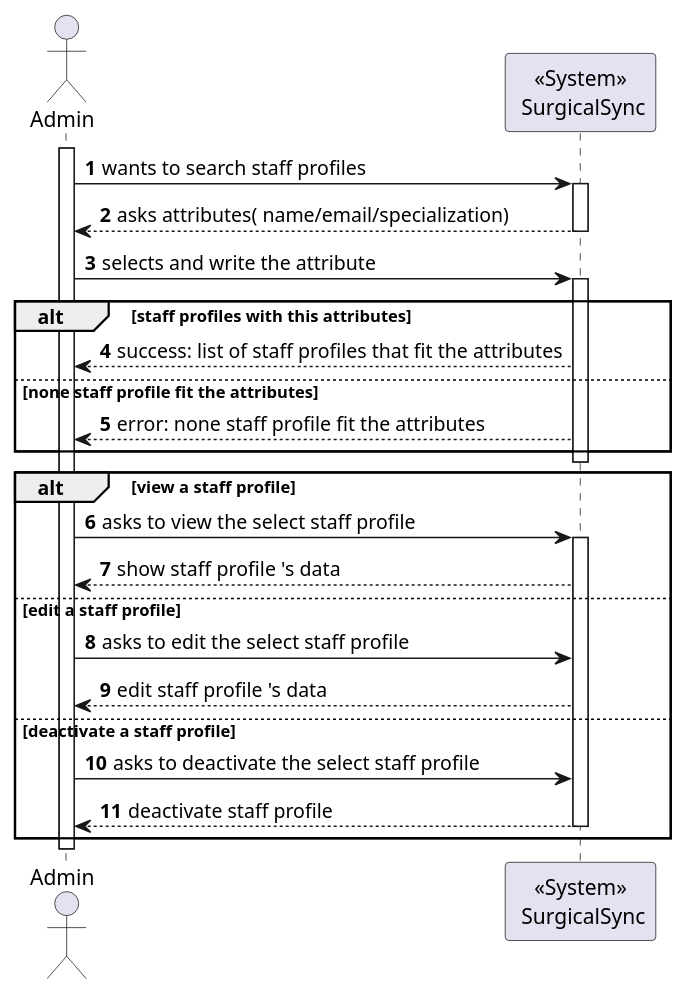
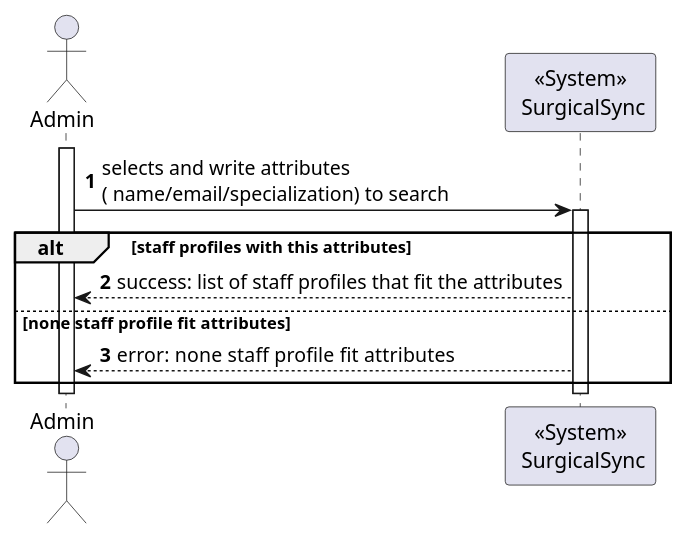
Before and after one commit to MiguelCardoso77/SurgicalSync-BackEnd: the diagram in Wiki/SprintA/diagrams/use-cases/22-search-staff-profiles/level1/process-view.puml, drawn with PlantUML. The commit also changed 8 other files, not shown here.

```diff
--- a/Wiki/SprintA/diagrams/use-cases/22-search-staff-profiles/level1/process-view.puml
+++ b/Wiki/SprintA/diagrams/use-cases/22-search-staff-profiles/level1/process-view.puml
@@ -1,45 +1,22 @@
 @startuml
 autonumber
 
 actor "Admin" as USER
 participant "<<System>>\n SurgicalSync" as SYSTEM
 
 activate USER
 
-    USER -> SYSTEM: wants to search staff profiles
-    activate SYSTEM
-
-        SYSTEM --> USER : asks attributes( name/email/specialization)
-    deactivate SYSTEM
-        
-    USER -> SYSTEM : selects and write the attribute
+    
+    USER -> SYSTEM : selects and write attributes\n( name/email/specialization) to search
     activate SYSTEM
     
    alt staff profiles with this attributes
             USER <-- SYSTEM : success: list of staff profiles that fit the attributes
-        else none staff profile fit the attributes 
-            USER <-- SYSTEM : error: none staff profile fit the attributes 
+        else none staff profile fit  attributes 
+            USER <-- SYSTEM : error: none staff profile fit  attributes 
         end
     deactivate SYSTEM
     
-   alt view a staff profile 
-        
-        USER -> SYSTEM : asks to view the select staff profile
-        activate SYSTEM
-        
-        SYSTEM --> USER : show staff profile 's data
-       
-       else edit a staff profile 
-        USER -> SYSTEM : asks to edit the select staff profile
-                
-        SYSTEM --> USER : edit staff profile 's data
-
-       else deactivate a staff profile 
-       USER -> SYSTEM : asks to deactivate the select staff profile
-         
-       SYSTEM --> USER : deactivate staff profile 
-deactivate SYSTEM
-   end     
-    
+     
 deactivate USER
 @enduml
```
